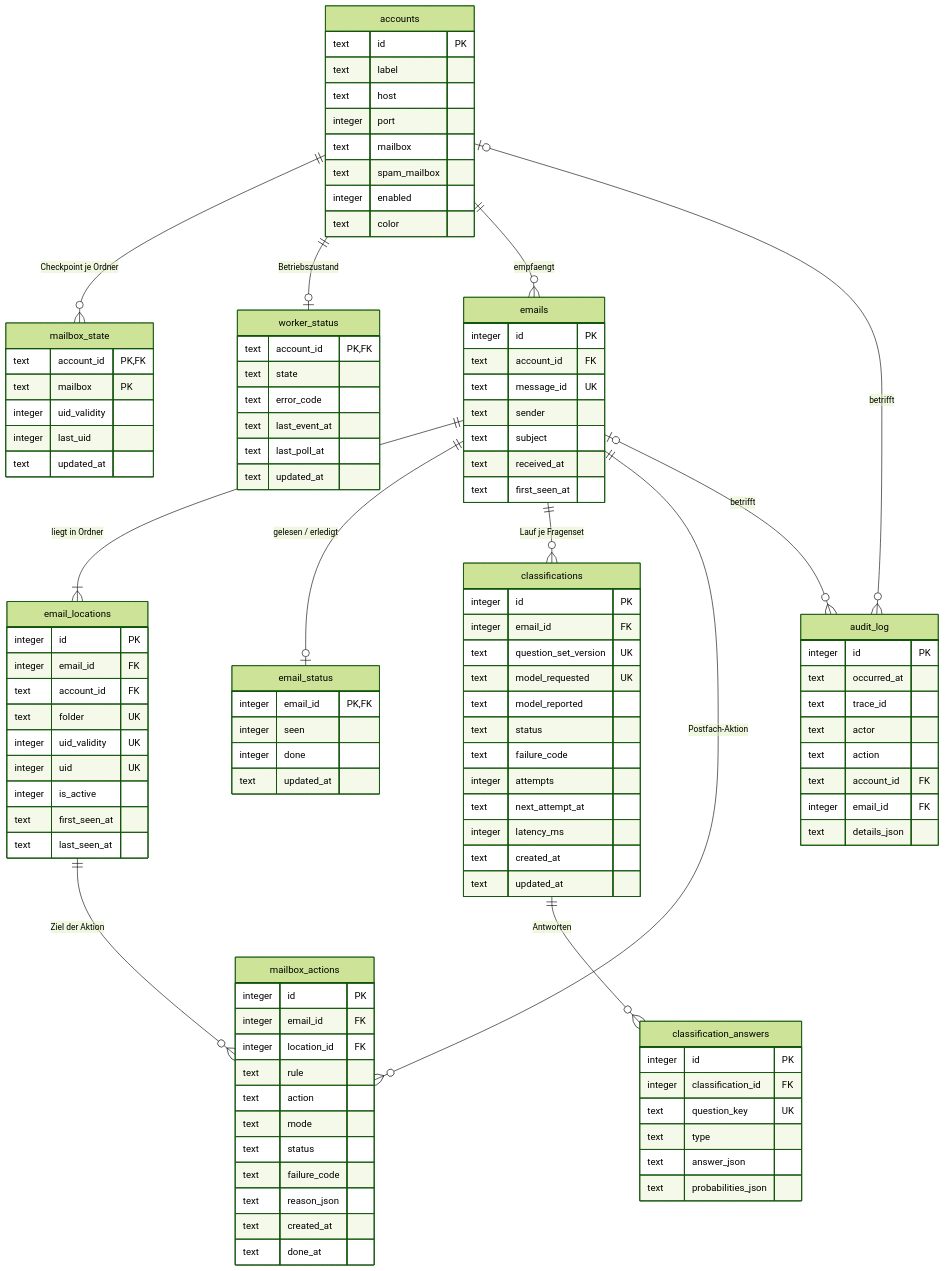
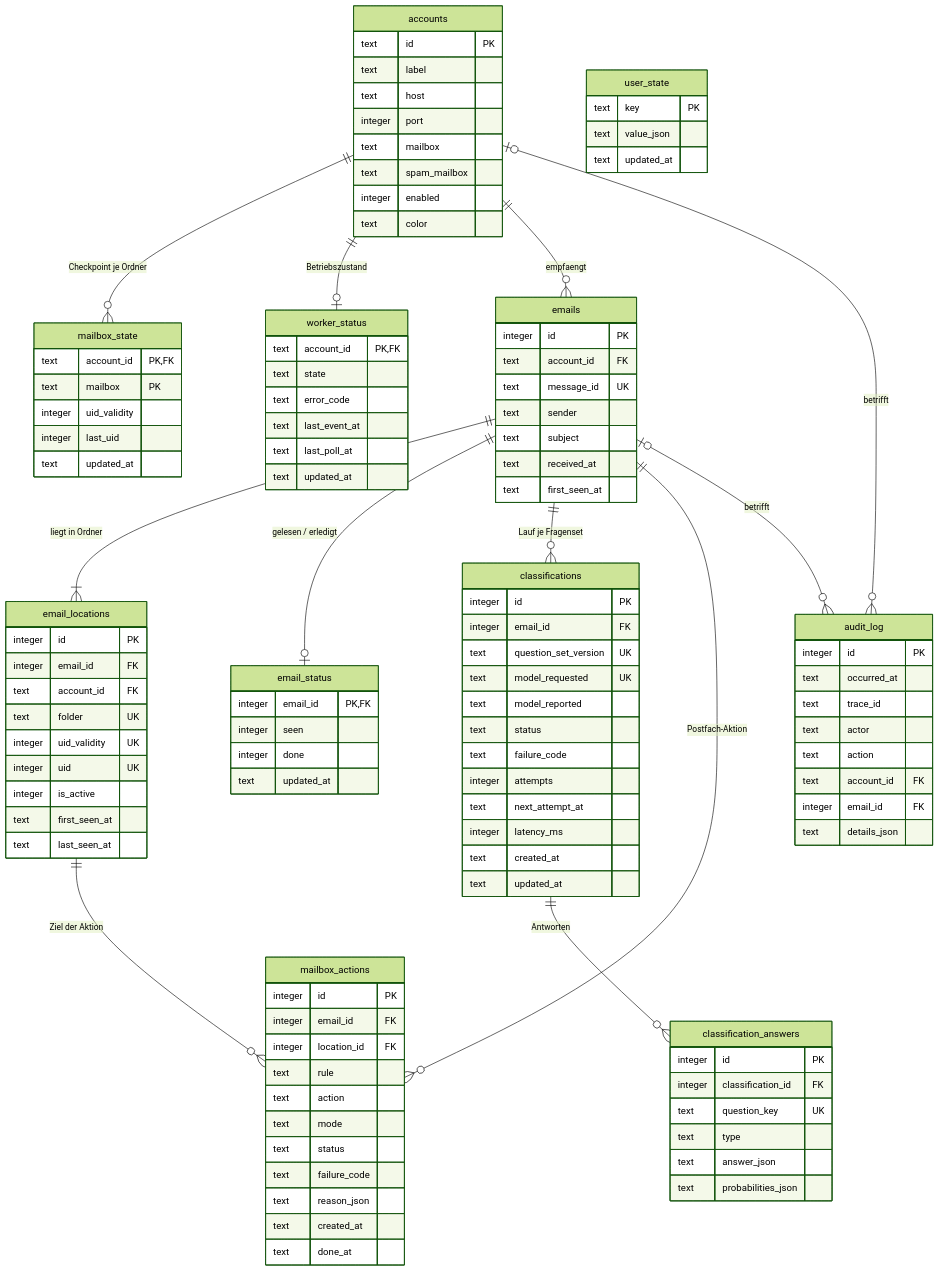
One commit to nico-hoff/email-agent changed the diagram in docs/erd.md. Above: the diagram before and after it, drawn with Mermaid (forest theme). The commit also changed other lines of this file and 4 other files, not shown here.

```diff
--- a/docs/erd.md
+++ b/docs/erd.md
@@ -104,6 +104,11 @@
     text created_at
     text done_at
   }
+  user_state {
+    text key PK
+    text value_json
+    text updated_at
+  }
   audit_log {
     integer id PK
     text occurred_at
```
